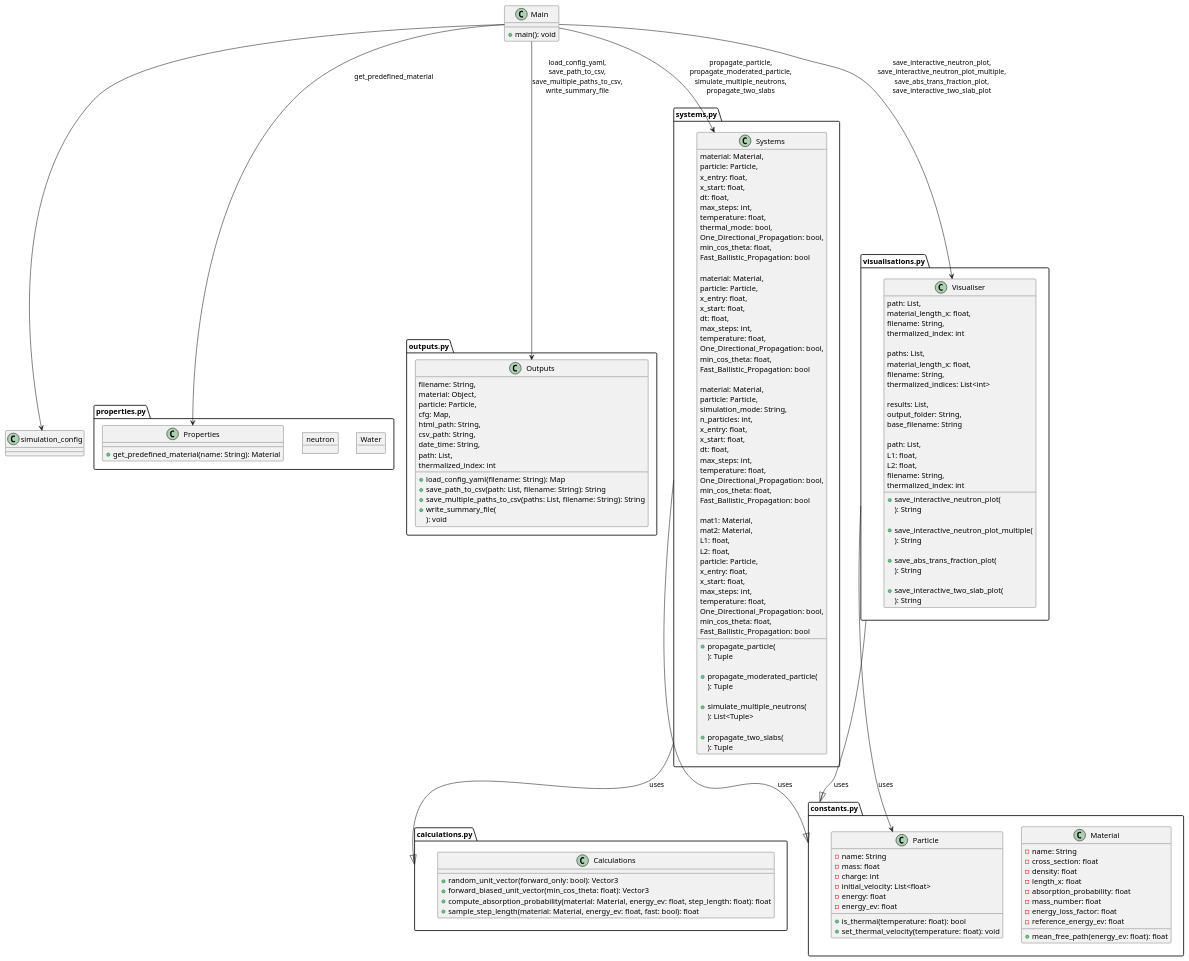
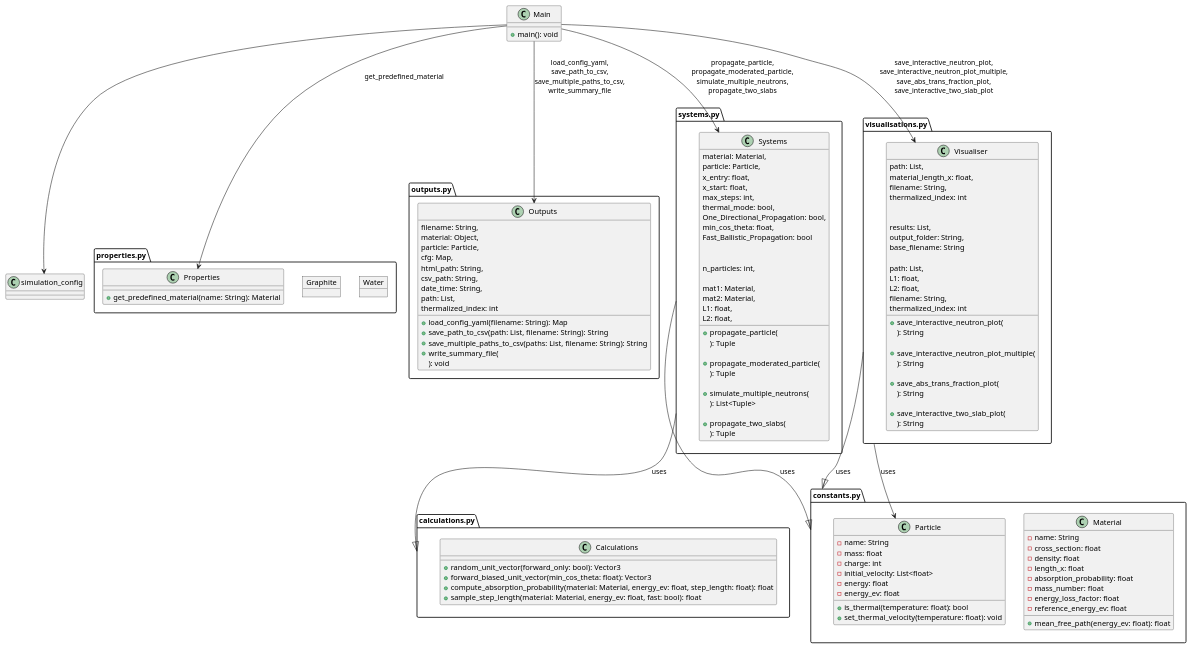
One commit to Gabewitt/Simulation_of_Particle_Propagation changed the diagram in diagram.puml. Above: the diagram before and after it, drawn with PlantUML. The commit also changed 2 other files, not shown here.

```diff
--- a/diagram.puml
+++ b/diagram.puml
@@ -1,183 +1,146 @@
-@startuml SimulationDiagram
+@startuml SimulationNeutronsDiagram
 
-' ' your config file as an artifact
-' artifact "simulation_config.yaml" <<artifact>> as simulation_config
+
 
 package "constants.py" as constants_py {
   class Material {
     - name: String
     - cross_section: float
     - density: float
     - length_x: float
     - absorption_probability: float
     - mass_number: float
     - energy_loss_factor: float
     - reference_energy_ev: float
     + mean_free_path(energy_ev: float): float
   }
 
   class Particle {
     - name: String
     - mass: float
     - charge: int
     - initial_velocity: List<float>
     - energy: float
     - energy_ev: float
     + is_thermal(temperature: float): bool
     + set_thermal_velocity(temperature: float): void
   }
 }
 
 package "properties.py" as properties_py {
   object Water
-  ' object Graphite
+  object Graphite
   ' object Lead
   ' object Air
   ' object Borated_Polyethylene
   ' object LightWater
   ' object ControlRod
-  object neutron
 
   class Properties {
     + get_predefined_material(name: String): Material
   }
 }
 
 package "calculations.py" as calculations_py {
   class Calculations {
     + random_unit_vector(forward_only: bool): Vector3
     + forward_biased_unit_vector(min_cos_theta: float): Vector3
     + compute_absorption_probability(material: Material, energy_ev: float, step_length: float): float
     + sample_step_length(material: Material, energy_ev: float, fast: bool): float
   }
 }
 
 package "outputs.py" as outputs_py {
   class Outputs {
     + load_config_yaml(filename: String): Map
     + save_path_to_csv(path: List, filename: String): String
     + save_multiple_paths_to_csv(paths: List, filename: String): String
     + write_summary_file(
         filename: String,
         material: Object,
         particle: Particle,
         cfg: Map,
         html_path: String,
         csv_path: String,
         date_time: String,
         path: List,
         thermalized_index: int
       ): void
   }
 }
 
 package "systems.py" as systems_py {
   class Systems {
     + propagate_particle(
         material: Material,
         particle: Particle,
         x_entry: float,
         x_start: float,
-        dt: float,
         max_steps: int,
-        temperature: float,
         thermal_mode: bool,
         One_Directional_Propagation: bool,
         min_cos_theta: float,
         Fast_Ballistic_Propagation: bool
       ): Tuple
 
     + propagate_moderated_particle(
-        material: Material,
-        particle: Particle,
-        x_entry: float,
-        x_start: float,
-        dt: float,
-        max_steps: int,
-        temperature: float,
-        One_Directional_Propagation: bool,
-        min_cos_theta: float,
-        Fast_Ballistic_Propagation: bool
       ): Tuple
 
     + simulate_multiple_neutrons(
-        material: Material,
-        particle: Particle,
-        simulation_mode: String,
         n_particles: int,
-        x_entry: float,
-        x_start: float,
-        dt: float,
-        max_steps: int,
-        temperature: float,
-        One_Directional_Propagation: bool,
-        min_cos_theta: float,
-        Fast_Ballistic_Propagation: bool
       ): List<Tuple>
 
     + propagate_two_slabs(
         mat1: Material,
         mat2: Material,
         L1: float,
         L2: float,
-        particle: Particle,
-        x_entry: float,
-        x_start: float,
-        max_steps: int,
-        temperature: float,
-        One_Directional_Propagation: bool,
-        min_cos_theta: float,
-        Fast_Ballistic_Propagation: bool
       ): Tuple
   }
 }
 
 package "visualisations.py" as visualisations_py {
   class Visualiser {
     + save_interactive_neutron_plot(
         path: List,
         material_length_x: float,
         filename: String,
         thermalized_index: int
       ): String
 
     + save_interactive_neutron_plot_multiple(
-        paths: List,
-        material_length_x: float,
-        filename: String,
-        thermalized_indices: List<int>
       ): String
 
     + save_abs_trans_fraction_plot(
         results: List,
         output_folder: String,
         base_filename: String
       ): String
 
     + save_interactive_two_slab_plot(
         path: List,
         L1: float,
         L2: float,
         filename: String,
         thermalized_index: int
       ): String
   }
 }
 
 class Main {
   + main(): void
 }
 
-' Dependencies / Uses
+
 Main --> Outputs       : load_config_yaml,\nsave_path_to_csv,\nsave_multiple_paths_to_csv,\nwrite_summary_file
 Main --> Systems       : propagate_particle,\npropagate_moderated_particle,\nsimulate_multiple_neutrons,\npropagate_two_slabs
 Main --> Visualiser    : save_interactive_neutron_plot,\nsave_interactive_neutron_plot_multiple,\nsave_abs_trans_fraction_plot,\nsave_interactive_two_slab_plot
 Main --> Properties    : get_predefined_material
 Main --> simulation_config
 
 systems_py --|> constants_py : uses
 systems_py --|> calculations_py : uses
 visualisations_py --|> constants_py : uses
 visualisations_py --> Particle : uses
 
 @enduml
```
